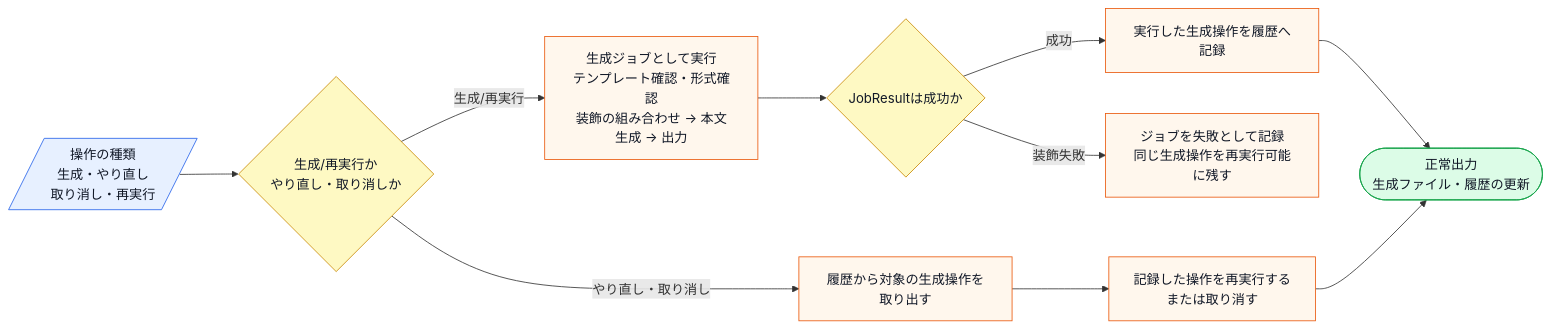
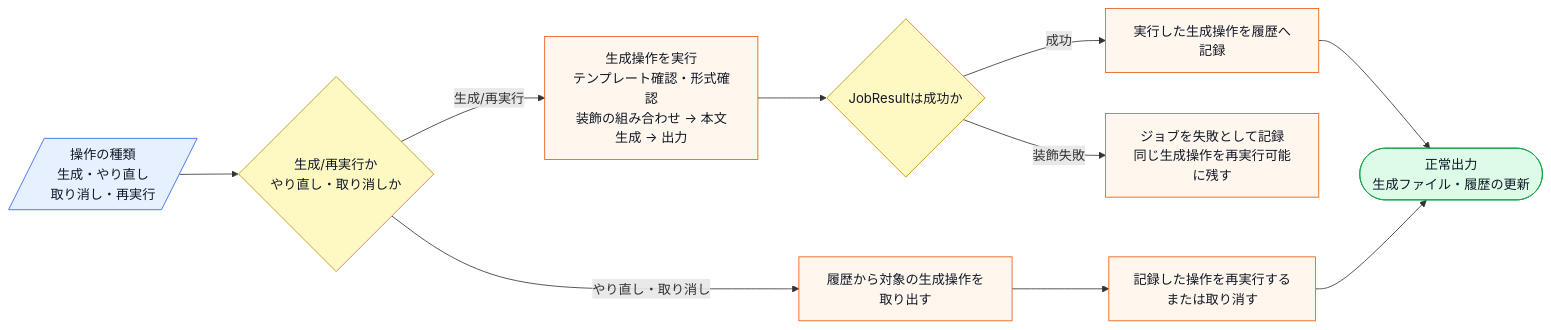
Before and after one commit to kumachan1101-pixel/DesignPattern: the fourth of 11 diagrams in kindle/design-patterns/output/chapter11.md, drawn with Mermaid. The commit also changed other lines of this file and 7 other files, not shown here.

````diff
--- a/kindle/design-patterns/output/chapter11.md
+++ b/kindle/design-patterns/output/chapter11.md
@@ -463,17 +463,17 @@
 ```mermaid
 flowchart LR
     A[/操作の種類<br>生成・やり直し<br>取り消し・再実行/]:::input --> B{生成/再実行か<br>やり直し・取り消しか}:::decision
-    B -->|生成/再実行| C[生成ジョブとして実行<br>テンプレート確認・形式確認<br>装飾の組み合わせ → 本文生成 → 出力]:::process
+    B -->|生成/再実行| C[生成操作を実行<br>テンプレート確認・形式確認<br>装飾の組み合わせ → 本文生成 → 出力]:::process
     C --> J{JobResultは成功か}:::decision
     J -->|成功| D[実行した生成操作を履歴へ記録]:::process
     D --> E([正常出力<br>生成ファイル・履歴の更新]):::normal
     J -->|装飾失敗| K[ジョブを失敗として記録<br>同じ生成操作を再実行可能に残す]:::process
     B -->|やり直し・取り消し| F[履歴から対象の生成操作を取り出す]:::process
     F --> G[記録した操作を再実行する<br>または取り消す]:::process
     G --> E
 
     classDef input fill:#e7f0ff,stroke:#2563eb,color:#111827;
     classDef process fill:#fff7ed,stroke:#ea580c,color:#111827;
     classDef decision fill:#fef9c3,stroke:#ca8a04,color:#111827;
     classDef normal fill:#dcfce7,stroke:#16a34a,color:#111827;
 ```
````
